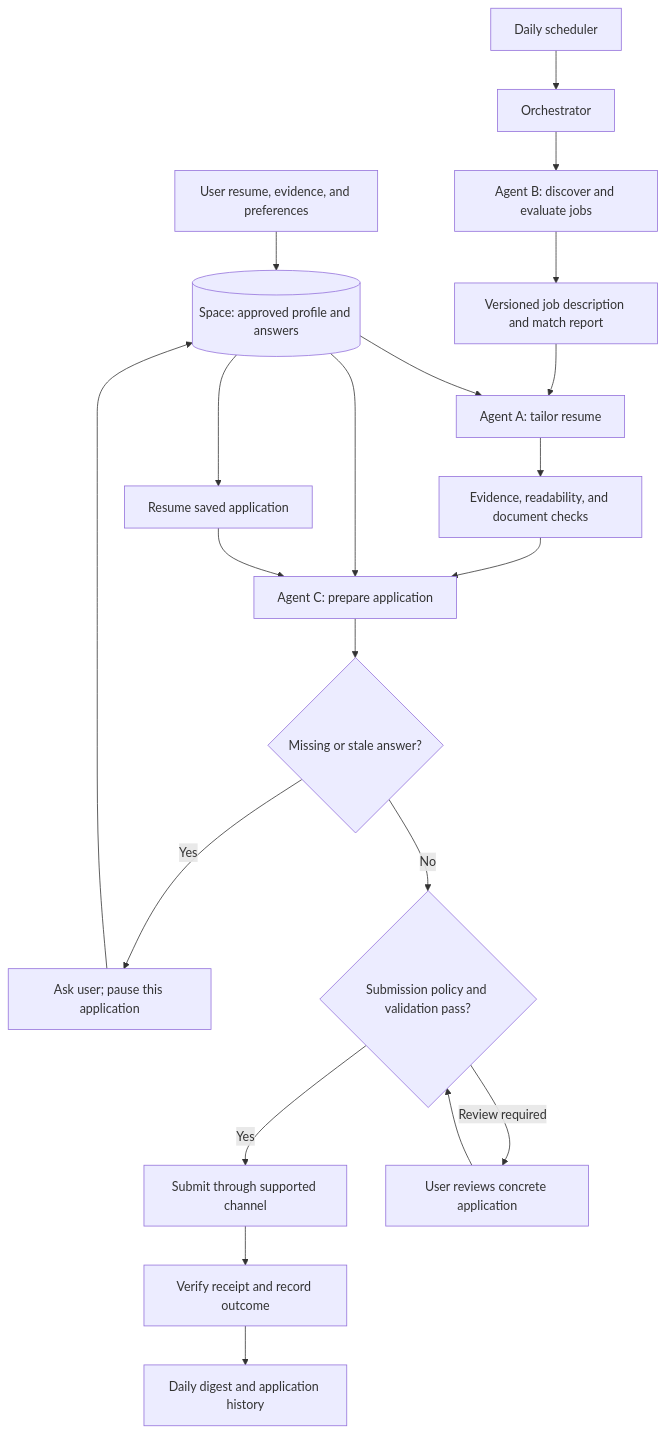
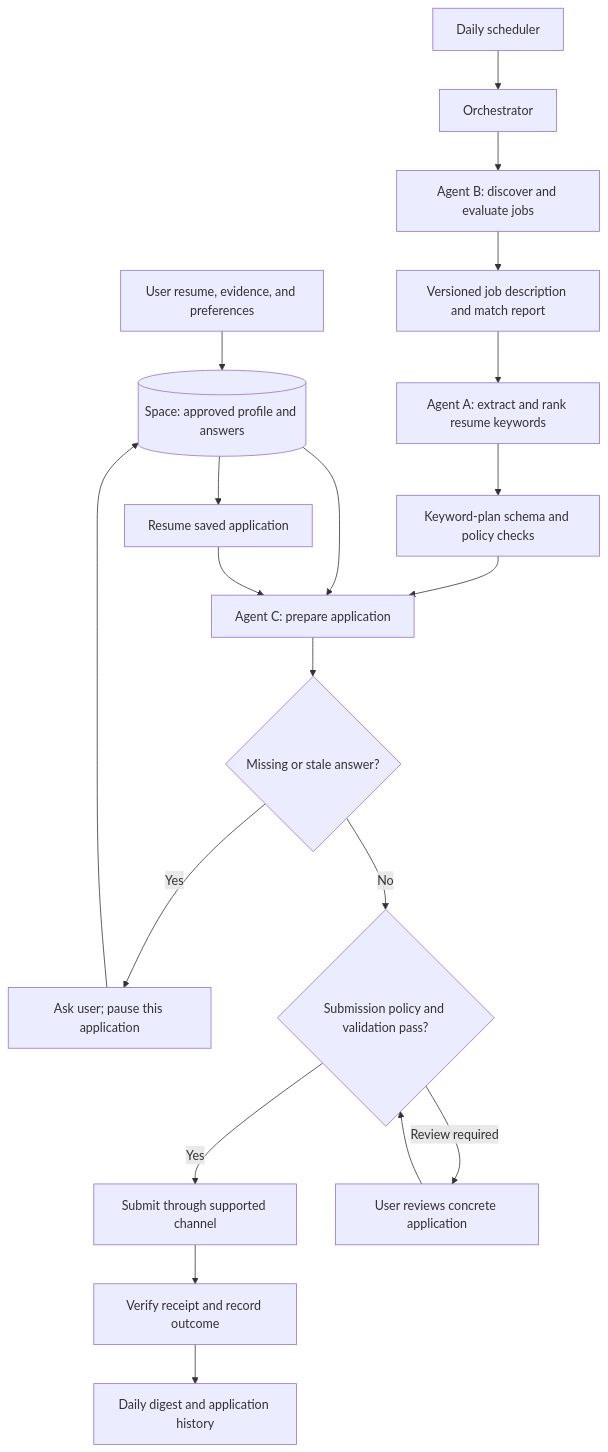
Before and after one commit to SubramDas/Job_Automation: the diagram in JOB_APPLICATION_PIPELINE_PLAN.md, drawn with Mermaid. The commit also changed other lines of this file and 33 other files, not shown here.

Commit message:
Added Agent A for resume keyword filtering

````diff
--- a/JOB_APPLICATION_PIPELINE_PLAN.md
+++ b/JOB_APPLICATION_PIPELINE_PLAN.md
@@ -39,23 +39,22 @@
 ```mermaid
 flowchart TD
     U[User resume, evidence, and preferences] --> S[(Space: approved profile and answers)]
     T[Daily scheduler] --> O[Orchestrator]
     O --> B[Agent B: discover and evaluate jobs]
     B --> J[Versioned job description and match report]
-    J --> A[Agent A: tailor resume]
-    S --> A
-    A --> Q[Evidence, readability, and document checks]
+    J --> A[Agent A: extract and rank resume keywords]
+    A --> Q[Keyword-plan schema and policy checks]
     Q --> C[Agent C: prepare application]
     S --> C
     C --> M{Missing or stale answer?}
     M -->|Yes| H[Ask user; pause this application]
     H --> S
     S --> R[Resume saved application]
     R --> C
     M -->|No| G{Submission policy and validation pass?}
     G -->|Yes| P[Submit through supported channel]
     G -->|Review required| V[User reviews concrete application]
     V --> G
     P --> E[Verify receipt and record outcome]
     E --> D[Daily digest and application history]
 ```
````
